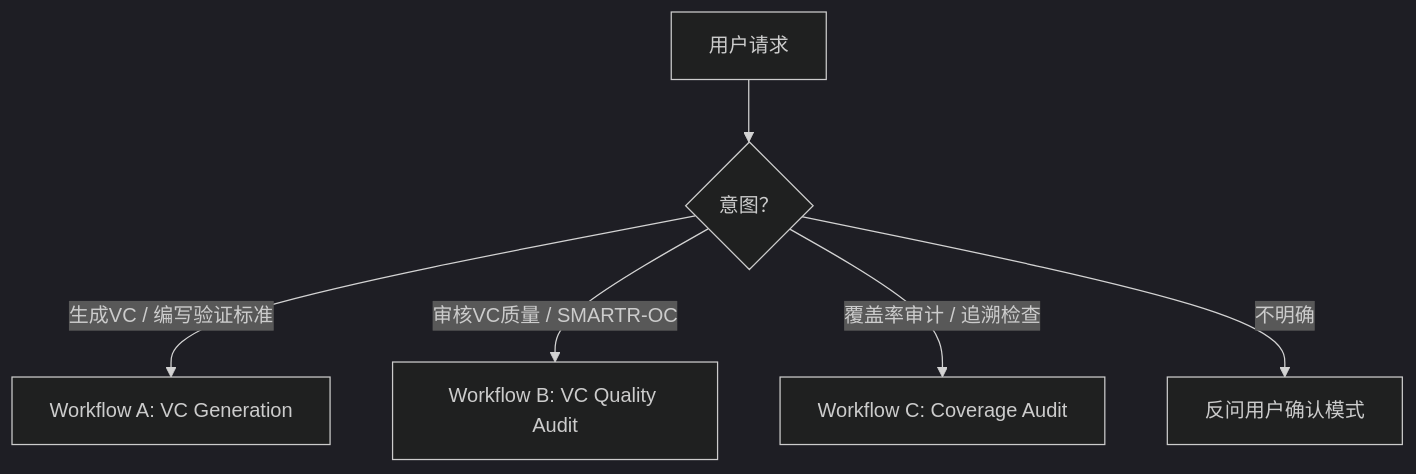
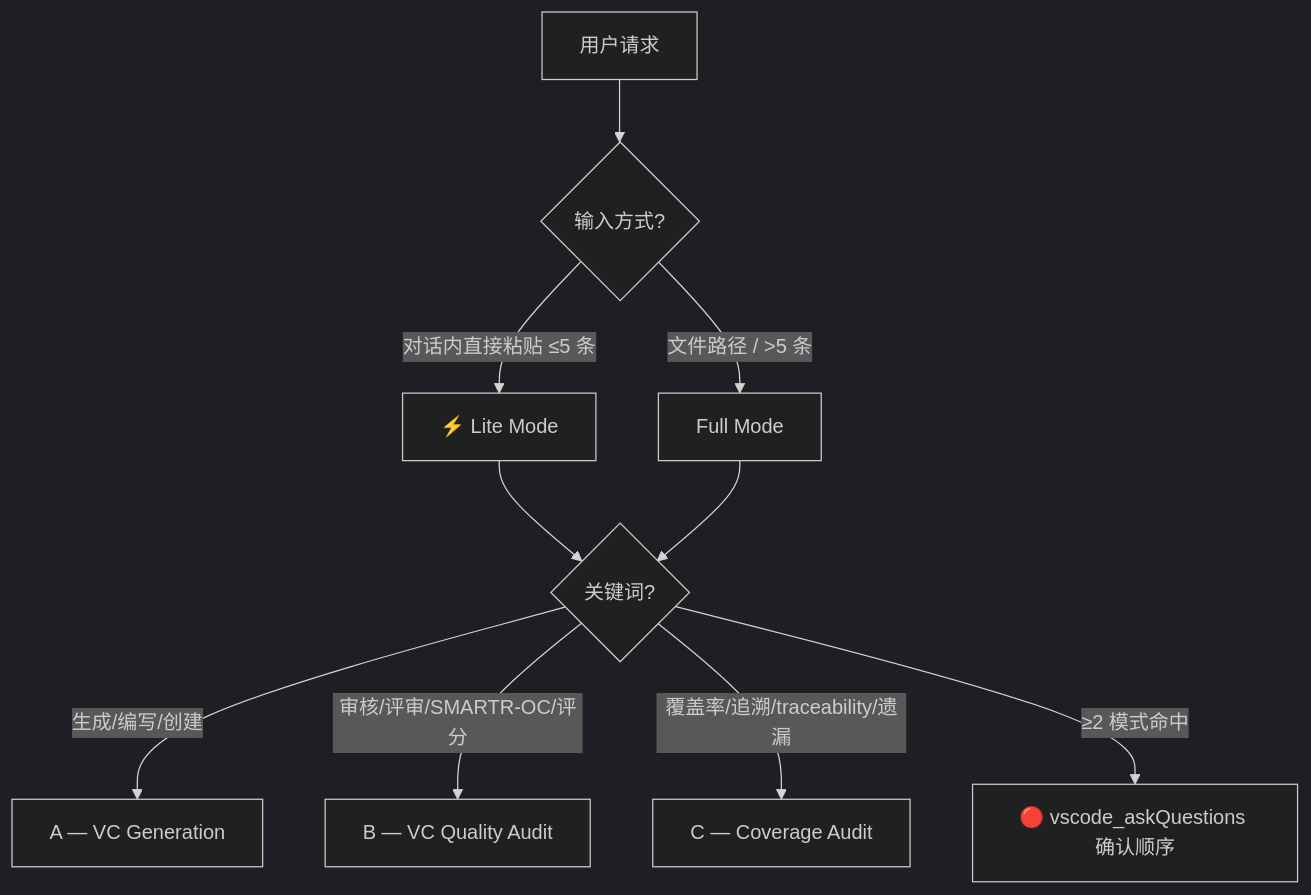
One commit to UnknowCao/autoskill-hub changed the diagram in .github/skills/verification-criteria/SKILL.md. Above: the diagram before and after it, drawn with Mermaid (dark theme). The commit also changed other lines of this file, not shown here.

First line of the commit message:
optimize verification-criteria Phase 2.5: exploratory rewrite — Route-first architecture

````diff
--- a/.github/skills/verification-criteria/SKILL.md
+++ b/.github/skills/verification-criteria/SKILL.md
@@ -12,8 +12,12 @@
 ```mermaid
 flowchart TD
-    START["用户请求"] --> Q1{"意图？"}
-    Q1 -->|"生成VC / 编写验证标准"| A["Workflow A: VC Generation"]
-    Q1 -->|"审核VC质量 / SMARTR-OC"| B["Workflow B: VC Quality Audit"]
-    Q1 -->|"覆盖率审计 / 追溯检查"| C["Workflow C: Coverage Audit"]
-    Q1 -->|"不明确"| ASK["反问用户确认模式"]
+    START["用户请求"] --> R1{"输入方式?"}
+    R1 -->|"对话内直接粘贴 ≤5 条"| LITE["⚡ Lite Mode"]
+    R1 -->|"文件路径 / >5 条"| FULL["Full Mode"]
+    LITE --> R2{"关键词?"}
+    FULL --> R2
+    R2 -->|"生成/编写/创建"| A["A — VC Generation"]
+    R2 -->|"审核/评审/SMARTR-OC/评分"| B["B — VC Quality Audit"]
+    R2 -->|"覆盖率/追溯/traceability/遗漏"| C["C — Coverage Audit"]
+    R2 -->|"≥2 模式命中"| ASK["🔴 vscode_askQuestions 确认顺序"]
 ```
````
